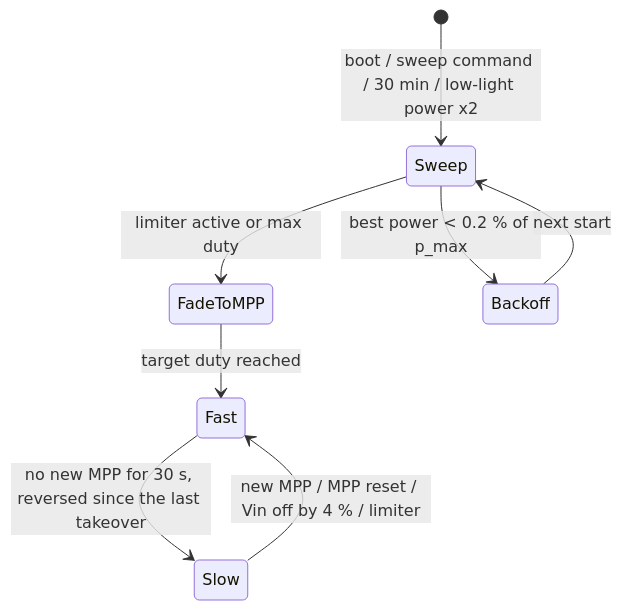
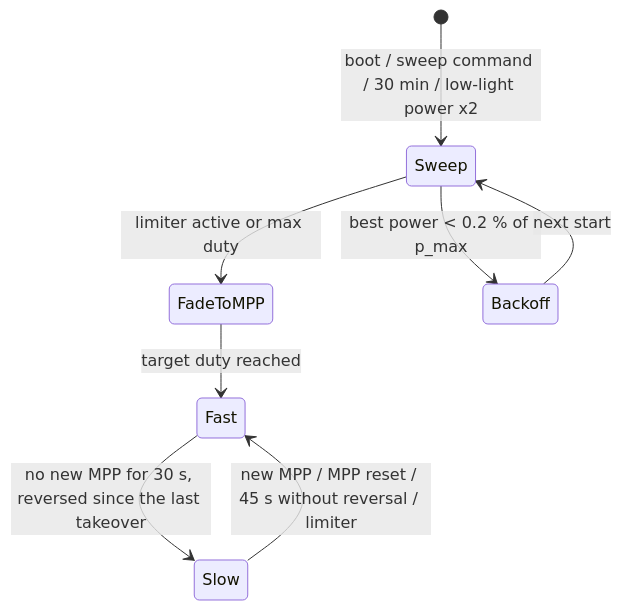
Before and after one commit to fl4p/fugu-mppt-firmware: the diagram in website/docs/internals/mppt-tracker.md, drawn with Mermaid. The commit also changed other lines of this file and 3 other files, not shown here.

Commit message:
tracker: reduce to reset-before-entry and hand-back ends slow mode; entry step and Vin band removed, 45 s limit restored, unit tests; simulator-only, not device-tested

````diff
--- a/website/docs/internals/mppt-tracker.md
+++ b/website/docs/internals/mppt-tracker.md
@@ -34,10 +34,10 @@
 ```mermaid
 stateDiagram-v2
     [*] --> Sweep: boot / sweep command / 30 min / low-light power x2
     Sweep --> FadeToMPP: limiter active or max duty
     Sweep --> Backoff: best power < 0.2 % of p_max
     FadeToMPP --> Fast: target duty reached
     Fast --> Slow: no new MPP for 30 s, reversed since the last takeover
-    Slow --> Fast: new MPP / MPP reset / Vin off by 4 % / limiter
+    Slow --> Fast: new MPP / MPP reset / 45 s without reversal / limiter
     Backoff --> Sweep: next start
 ```
````
